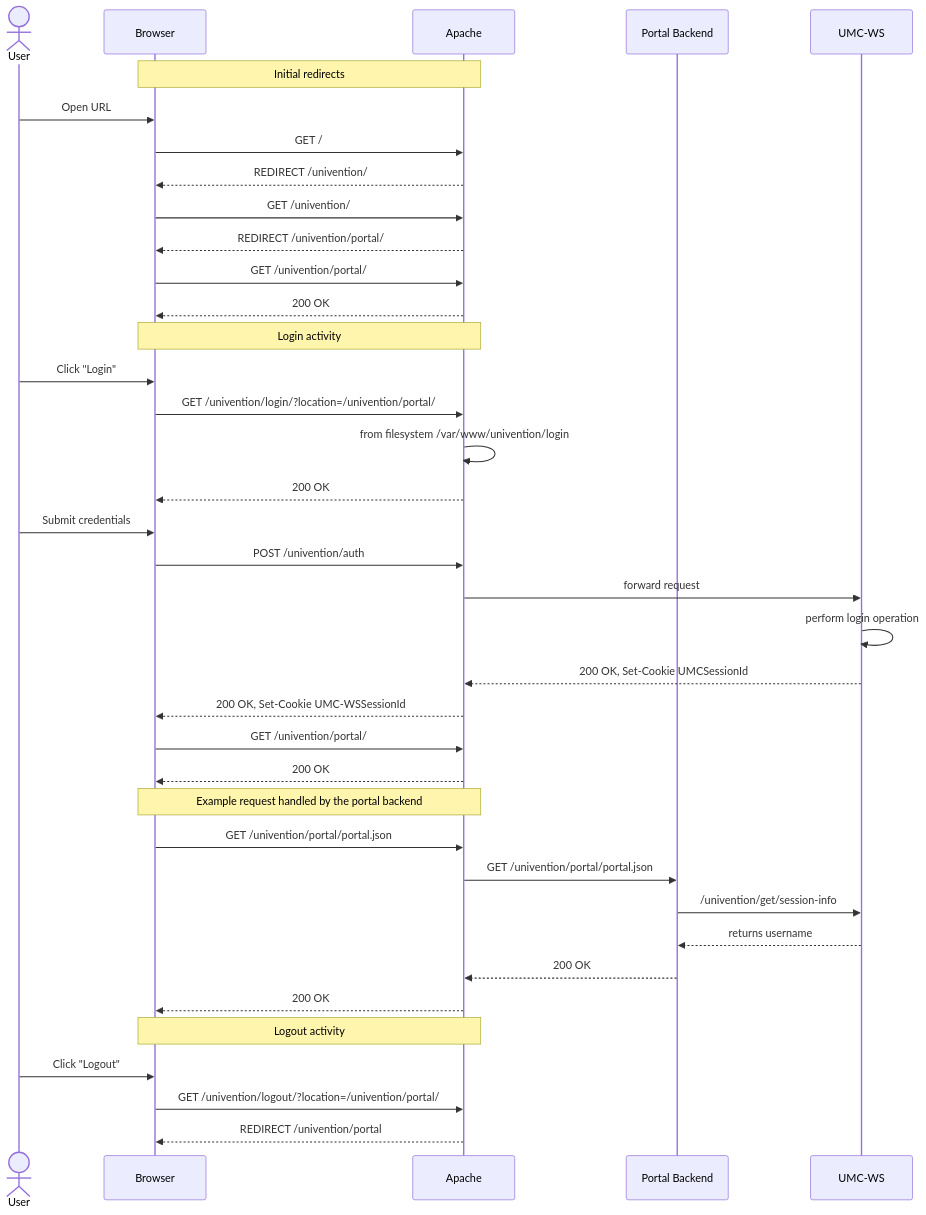
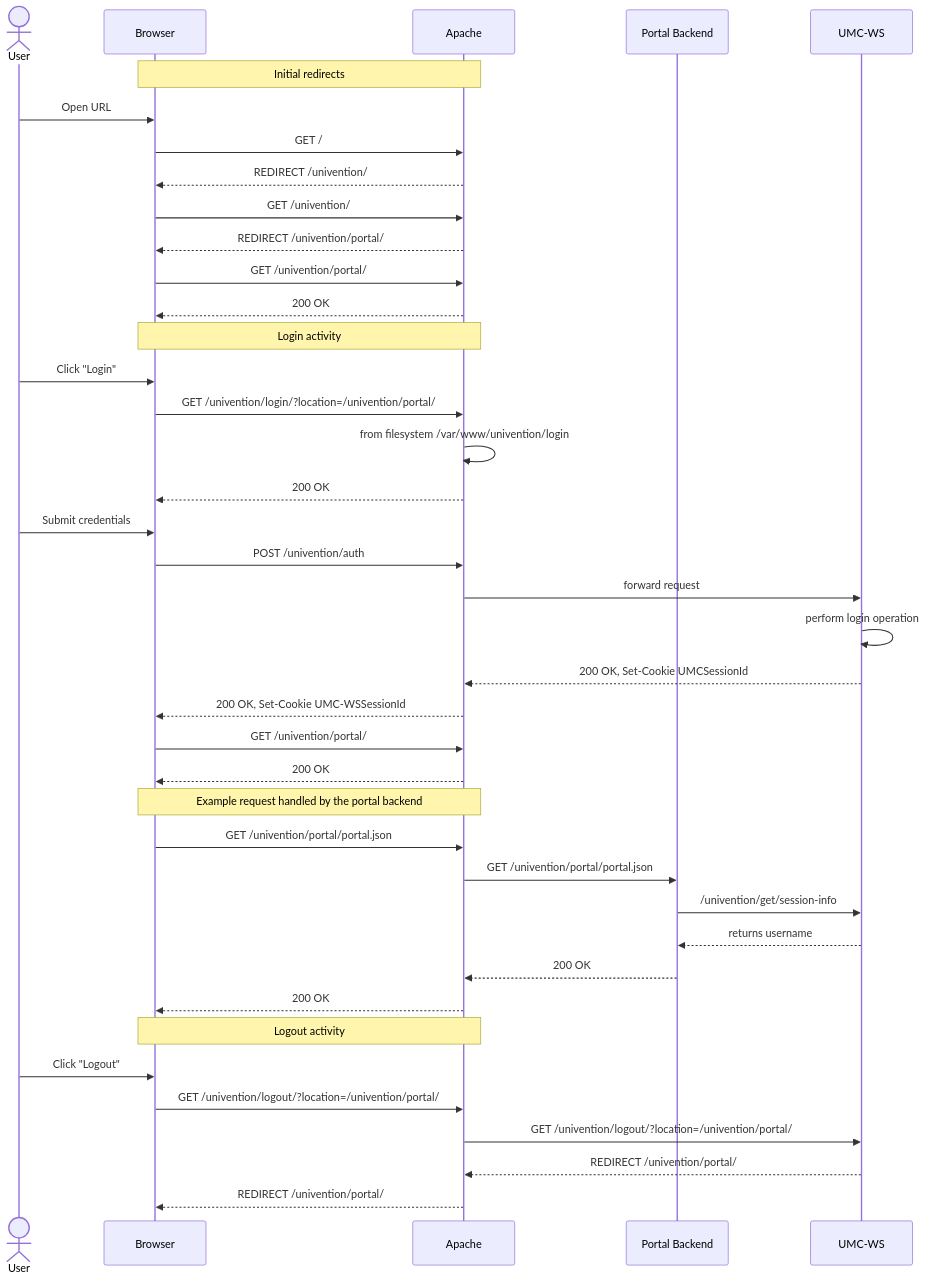
The second of 2 diagrams in docs/containerization/auth.md (univention/univention-portal), drawn with Mermaid before and after one commit. The commit also changed other lines of this file, not shown here.

Commit message:
Capture logout specifics in the authentication flow

````diff
--- a/docs/containerization/auth.md
+++ b/docs/containerization/auth.md
@@ -54,57 +54,58 @@
 ```mermaid
 
 sequenceDiagram
 
     actor User
 
     participant Browser
     participant Apache
     participant Portal Backend
     participant UMC-WS
 
 
     Note over Browser,Apache: Initial redirects
 
     User ->> Browser: Open URL
     Browser ->> Apache: GET /
     Apache -->> Browser: REDIRECT /univention/
     Browser ->> Apache: GET /univention/
     Apache -->> Browser: REDIRECT /univention/portal/
     Browser ->> Apache: GET /univention/portal/
     Apache -->> Browser: 200 OK
 
     Note over Browser,Apache: Login activity
 
     User ->> Browser: Click "Login"
     Browser ->> Apache: GET /univention/login/?location=/univention/portal/
     Apache ->> Apache: from filesystem /var/www/univention/login
     Apache -->> Browser: 200 OK
 
     User ->> Browser: Submit credentials
     Browser ->> Apache: POST /univention/auth
     Apache ->> UMC-WS: forward request
     UMC-WS ->> UMC-WS: perform login operation
     UMC-WS -->> Apache: 200 OK, Set-Cookie UMCSessionId
     Apache -->> Browser: 200 OK, Set-Cookie UMC-WSSessionId
 
     Browser ->> Apache: GET /univention/portal/
     Apache -->> Browser: 200 OK
 
     Note over Browser,Apache: Example request handled by the portal backend
 
     Browser ->> Apache: GET /univention/portal/portal.json
     Apache ->> Portal Backend: GET /univention/portal/portal.json
 
     Portal Backend ->> UMC-WS: /univention/get/session-info
     UMC-WS -->> Portal Backend: returns username
 
     Portal Backend -->> Apache: 200 OK
     Apache -->> Browser: 200 OK
 
     Note over Browser,Apache: Logout activity
 
     User ->> Browser: Click "Logout"
     Browser ->> Apache: GET /univention/logout/?location=/univention/portal/
-
-    Apache -->> Browser: REDIRECT /univention/portal
+    Apache ->> UMC-WS: GET /univention/logout/?location=/univention/portal/
+    UMC-WS -->> Apache: REDIRECT /univention/portal/
+    Apache -->> Browser: REDIRECT /univention/portal/
 ```
````
